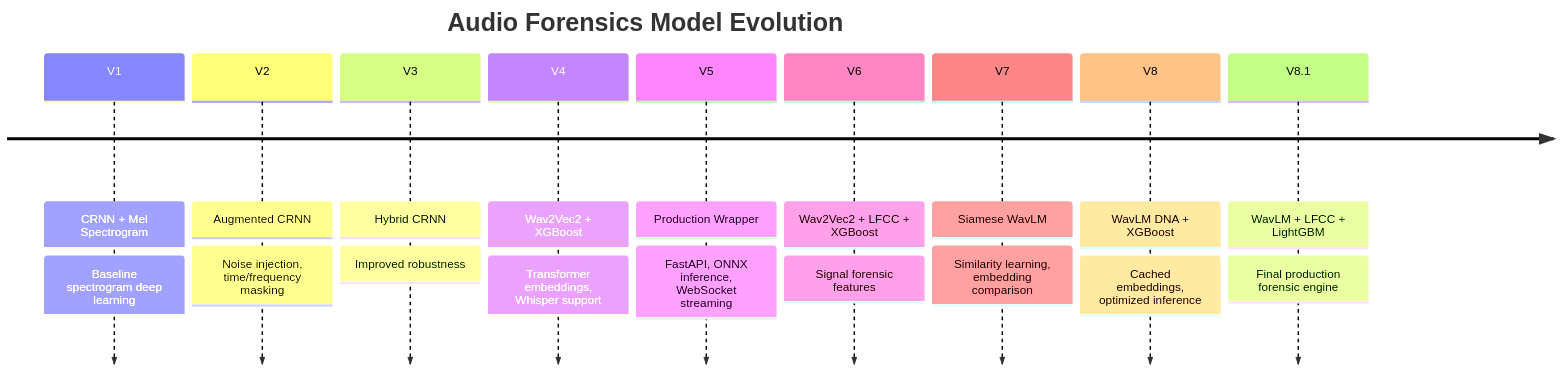
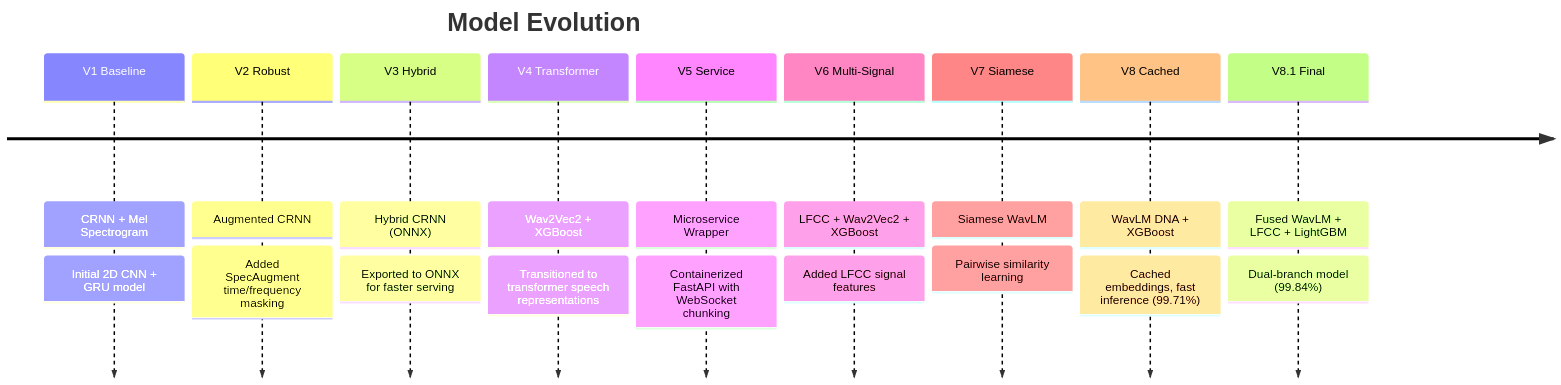
Before and after one commit to venkatasriramt-spec/AI-Voice-Forensics: the second of 2 diagrams in README.md, drawn with Mermaid. The commit also changed other lines of this file and 1 other file, not shown here.

````diff
--- a/README.md
+++ b/README.md
@@ -107,13 +270,13 @@
 ```mermaid
 timeline
-    title Audio Forensics Model Evolution
-    V1 : CRNN + Mel Spectrogram : Baseline spectrogram deep learning
-    V2 : Augmented CRNN : Noise injection, time/frequency masking
-    V3 : Hybrid CRNN : Improved robustness
-    V4 : Wav2Vec2 + XGBoost : Transformer embeddings, Whisper support
-    V5 : Production Wrapper : FastAPI, ONNX inference, WebSocket streaming
-    V6 : Wav2Vec2 + LFCC + XGBoost : Signal forensic features
-    V7 : Siamese WavLM : Similarity learning, embedding comparison
-    V8 : WavLM DNA + XGBoost : Cached embeddings, optimized inference
-    V8.1 : WavLM + LFCC + LightGBM : Final production forensic engine
+    title Model Evolution
+    V1 Baseline : CRNN + Mel Spectrogram : Initial 2D CNN + GRU model
+    V2 Robust : Augmented CRNN : Added SpecAugment time/frequency masking
+    V3 Hybrid : Hybrid CRNN (ONNX) : Exported to ONNX for faster serving
+    V4 Transformer : Wav2Vec2 + XGBoost : Transitioned to transformer speech representations
+    V5 Service : Microservice Wrapper : Containerized FastAPI with WebSocket chunking
+    V6 Multi-Signal : LFCC + Wav2Vec2 + XGBoost : Added LFCC signal features
+    V7 Siamese : Siamese WavLM : Pairwise similarity learning
+    V8 Cached : WavLM DNA + XGBoost : Cached embeddings, fast inference (99.71%)
+    V8.1 Final : Fused WavLM + LFCC + LightGBM : Dual-branch model (99.84%)
 ```
````
